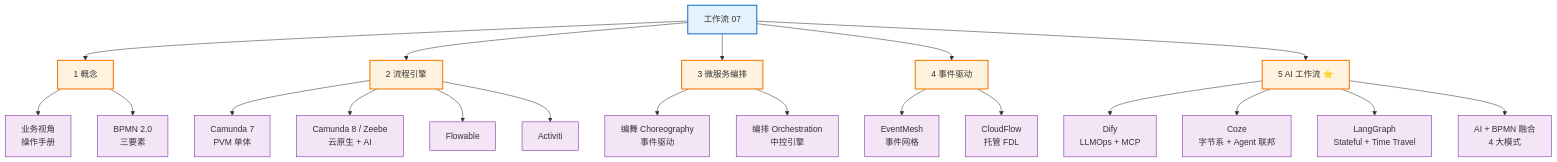
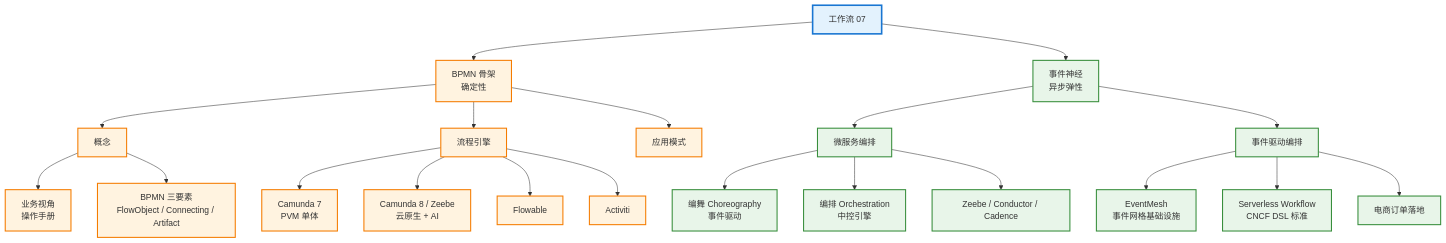
Before and after one commit to wb04307201/wb04307201: the diagram in note/07.workflow/README.md, drawn with Mermaid. The commit also changed other lines of this file, not shown here.

First line of the commit message:
refactor(07.workflow): 重写章节根 README（2 主线：BPMN 骨架 + 事件神经）

````diff
--- a/note/07.workflow/README.md
+++ b/note/07.workflow/README.md
@@ -38,36 +36,37 @@
 ```mermaid
 graph TB
     W[工作流 07]
 
-    W --> C[1 概念]
-    W --> E[2 流程引擎]
-    W --> O[3 微服务编排]
-    W --> I[4 事件驱动]
-    W --> A[5 AI 工作流 ⭐]
+    W --> S[BPMN 骨架<br/>确定性]
+    W --> N[事件神经<br/>异步弹性]
+
+    S --> C[概念]
+    S --> E[流程引擎]
+    S --> A[应用模式]
 
     C --> C1[业务视角<br/>操作手册]
-    C --> C2[BPMN 2.0<br/>三要素]
+    C --> C2[BPMN 三要素<br/>FlowObject / Connecting / Artifact]
 
     E --> E1[Camunda 7<br/>PVM 单体]
     E --> E2[Camunda 8 / Zeebe<br/>云原生 + AI]
     E --> E3[Flowable]
     E --> E4[Activiti]
 
+    N --> O[微服务编排]
+    N --> I[事件驱动编排]
+
     O --> O1[编舞 Choreography<br/>事件驱动]
     O --> O2[编排 Orchestration<br/>中控引擎]
+    O --> O3[Zeebe / Conductor / Cadence]
 
-    I --> I1[EventMesh<br/>事件网格]
-    I --> I2[CloudFlow<br/>托管 FDL]
+    I --> I1[EventMesh<br/>事件网格基础设施]
+    I --> I2[Serverless Workflow<br/>CNCF DSL 标准]
+    I --> I3[电商订单落地]
 
-    A --> A1[Dify<br/>LLMOps + MCP]
-    A --> A2[Coze<br/>字节系 + Agent 联邦]
-    A --> A3[LangGraph<br/>Stateful + Time Travel]
-    A --> A4[AI + BPMN 融合<br/>4 大模式]
-
-    classDef root fill:#e3f2fd,stroke:#1976d2,stroke-width:2px
-    classDef main fill:#fff3e0,stroke:#f57c00,stroke-width:2px
-    classDef leaf fill:#f3e5f5,stroke:#7b1fa2
+    classDef root fill:#e3f2fd,stroke:#1976d2,stroke-width:3px
+    classDef skeleton fill:#fff3e0,stroke:#f57c00,stroke-width:2px
+    classDef nerve fill:#e8f5e9,stroke:#388e3c,stroke-width:2px
     class W root
-    class C,E,O,I,A main
-    class C1,C2,E1,E2,E3,E4,O1,O2,I1,I2,A1,A2,A3,A4 leaf
+    class S,C,E,A,C1,C2,E1,E2,E3,E4 skeleton
+    class N,O,I,O1,O2,O3,I1,I2,I3 nerve
 ```
````
